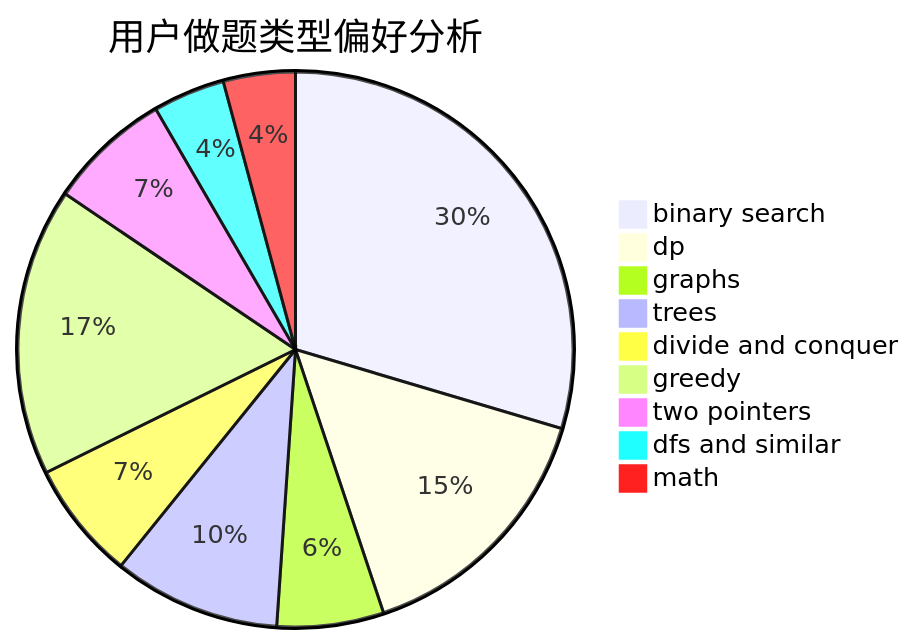
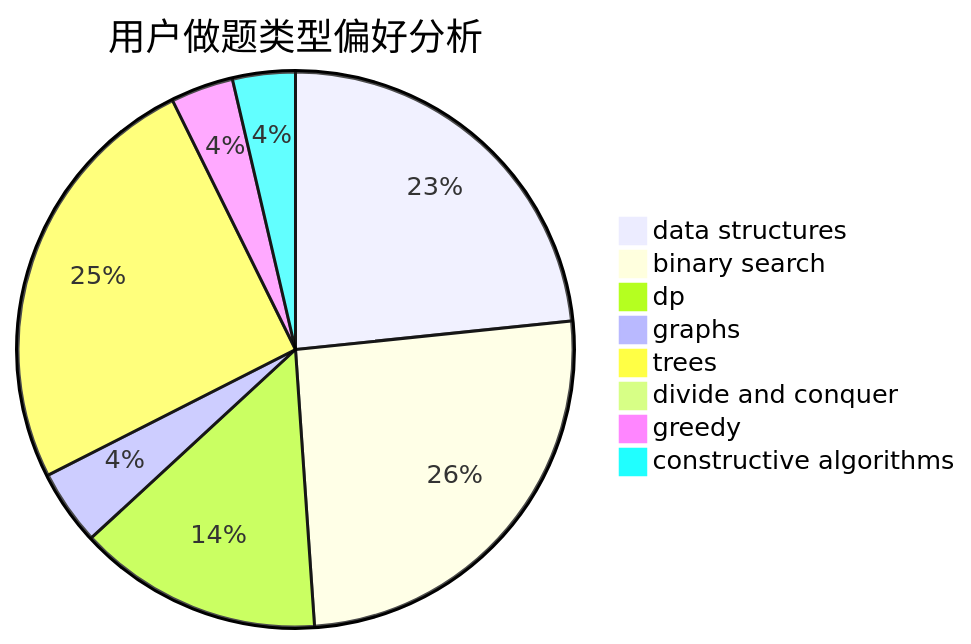
Before and after one commit to sherpahu/cfrs.github.io: the second of 3 diagrams in docs/user/u2516.md, drawn with Mermaid. The commit also changed other lines of this file and 2775 other files, not shown here.

````diff
--- a/docs/user/u2516.md
+++ b/docs/user/u2516.md
@@ -23,12 +23,11 @@
 ```mermaid
 pie title 用户做题类型偏好分析
-    "binary search" :  219
-    "dp" :  113
-    "graphs" :  46
-    "trees" :  72
-    "divide and conquer" :  51
-    "greedy" :  124
-    "two pointers" :  53
-    "dfs and similar" :  31
-    "math" :  31
+    "data structures" :  64
+    "binary search" :  70
+    "dp" :  39
+    "graphs" :  12
+    "trees" :  69
+    "divide and conquer" :  0
+    "greedy" :  10
+    "constructive algorithms" :  10
 ```
````
